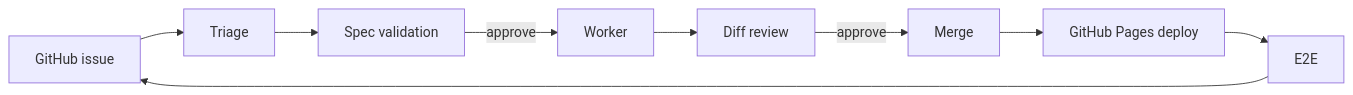
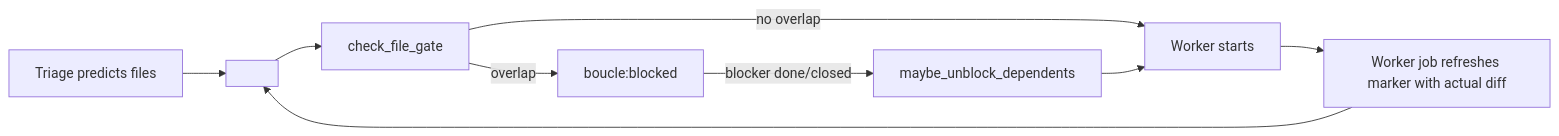
The diagram in LOOP.md (ankaboot-source/boucle.dev), drawn with Mermaid before and after one commit. The commit also changed other lines of this file and 262 other files, not shown here.

````diff
--- a/LOOP.md
+++ b/LOOP.md
@@ -19,11 +551,11 @@
 ```mermaid
 flowchart LR
-    A[GitHub issue] --> B[Triage]
-    B --> C[Spec validation]
-    C -->|approve| D[Worker]
-    D --> E[Diff review]
-    E -->|approve| F[Merge]
-    F --> G[GitHub Pages deploy]
-    G --> H[E2E]
-    H --> A
+  T[Triage predicts files] --> M["<!-- boucle:files v=1 paths=... -->"]
+  M --> G[check_file_gate]
+  G -->|no overlap| W[Worker starts]
+  G -->|overlap| B[boucle:blocked]
+  B -->|blocker done/closed| U[maybe_unblock_dependents]
+  U --> W
+  W --> R[Worker job refreshes marker with actual diff]
+  R --> M
 ```
````
